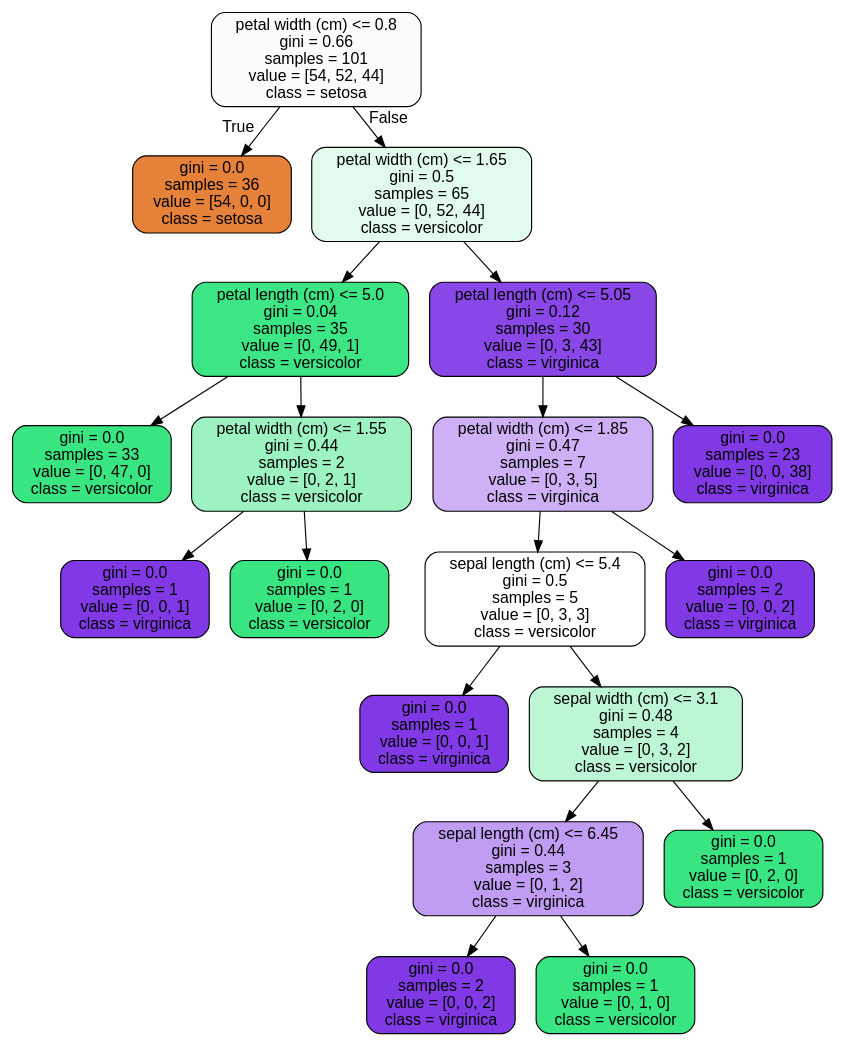
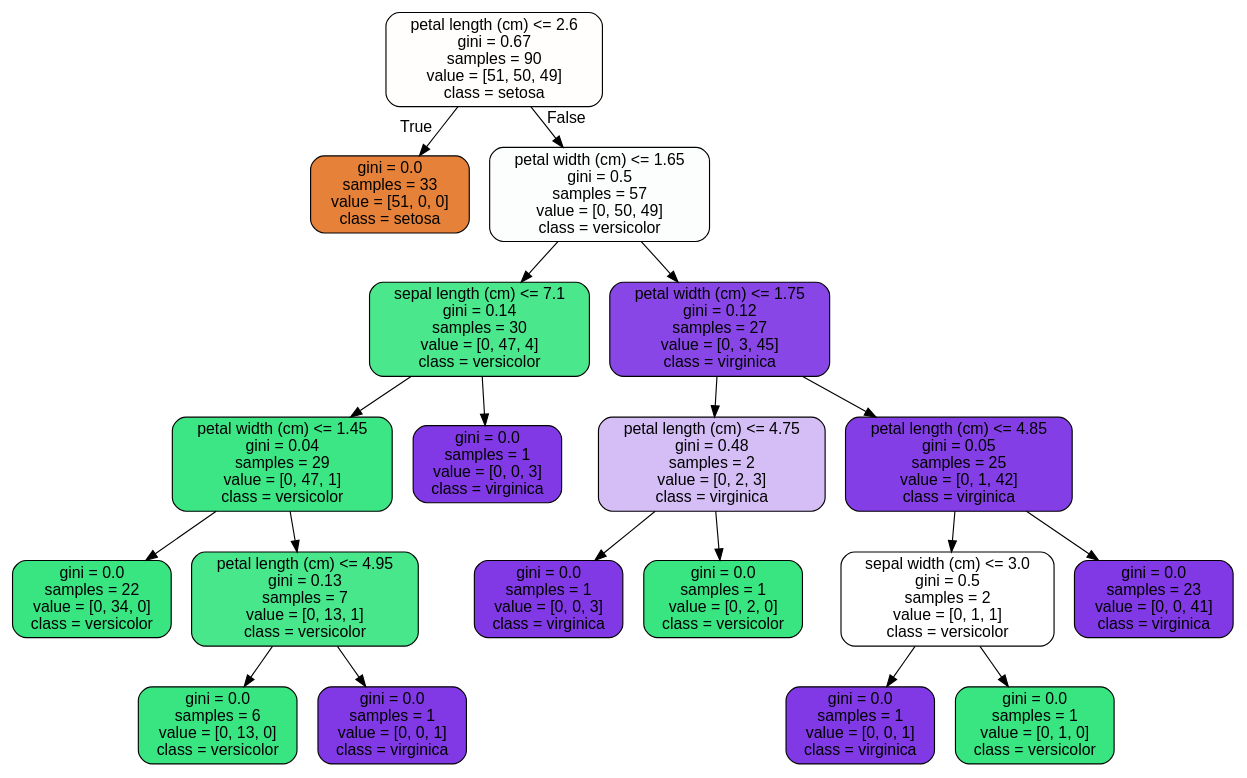
Before and after one commit to orlaith17/MachineLearning-StatisticsProject: the diagram in tree.dot, drawn with Graphviz. The commit also changed 4 other files, not shown here.

```diff
--- a/tree.dot
+++ b/tree.dot
@@ -1,41 +1,41 @@
 digraph Tree {
 node [shape=box, style="filled, rounded", color="black", fontname=helvetica] ;
 edge [fontname=helvetica] ;
-0 [label="petal width (cm) <= 0.8\ngini = 0.66\nsamples = 101\nvalue = [54, 52, 44]\nclass = setosa", fillcolor="#fefcfb"] ;
-1 [label="gini = 0.0\nsamples = 36\nvalue = [54, 0, 0]\nclass = setosa", fillcolor="#e58139"] ;
+0 [label="petal length (cm) <= 2.6\ngini = 0.67\nsamples = 90\nvalue = [51, 50, 49]\nclass = setosa", fillcolor="#fffefd"] ;
+1 [label="gini = 0.0\nsamples = 33\nvalue = [51, 0, 0]\nclass = setosa", fillcolor="#e58139"] ;
 0 -> 1 [labeldistance=2.5, labelangle=45, headlabel="True"] ;
-2 [label="petal width (cm) <= 1.65\ngini = 0.5\nsamples = 65\nvalue = [0, 52, 44]\nclass = versicolor", fillcolor="#e1fbec"] ;
+2 [label="petal width (cm) <= 1.65\ngini = 0.5\nsamples = 57\nvalue = [0, 50, 49]\nclass = versicolor", fillcolor="#fbfefc"] ;
 0 -> 2 [labeldistance=2.5, labelangle=-45, headlabel="False"] ;
-3 [label="petal length (cm) <= 5.0\ngini = 0.04\nsamples = 35\nvalue = [0, 49, 1]\nclass = versicolor", fillcolor="#3de684"] ;
+3 [label="sepal length (cm) <= 7.1\ngini = 0.14\nsamples = 30\nvalue = [0, 47, 4]\nclass = versicolor", fillcolor="#4ae78c"] ;
 2 -> 3 ;
-4 [label="gini = 0.0\nsamples = 33\nvalue = [0, 47, 0]\nclass = versicolor", fillcolor="#39e581"] ;
+4 [label="petal width (cm) <= 1.45\ngini = 0.04\nsamples = 29\nvalue = [0, 47, 1]\nclass = versicolor", fillcolor="#3de684"] ;
 3 -> 4 ;
-5 [label="petal width (cm) <= 1.55\ngini = 0.44\nsamples = 2\nvalue = [0, 2, 1]\nclass = versicolor", fillcolor="#9cf2c0"] ;
-3 -> 5 ;
-6 [label="gini = 0.0\nsamples = 1\nvalue = [0, 0, 1]\nclass = virginica", fillcolor="#8139e5"] ;
-5 -> 6 ;
-7 [label="gini = 0.0\nsamples = 1\nvalue = [0, 2, 0]\nclass = versicolor", fillcolor="#39e581"] ;
-5 -> 7 ;
-8 [label="petal length (cm) <= 5.05\ngini = 0.12\nsamples = 30\nvalue = [0, 3, 43]\nclass = virginica", fillcolor="#8a47e7"] ;
-2 -> 8 ;
-9 [label="petal width (cm) <= 1.85\ngini = 0.47\nsamples = 7\nvalue = [0, 3, 5]\nclass = virginica", fillcolor="#cdb0f5"] ;
-8 -> 9 ;
-10 [label="sepal length (cm) <= 5.4\ngini = 0.5\nsamples = 5\nvalue = [0, 3, 3]\nclass = versicolor", fillcolor="#ffffff"] ;
-9 -> 10 ;
-11 [label="gini = 0.0\nsamples = 1\nvalue = [0, 0, 1]\nclass = virginica", fillcolor="#8139e5"] ;
+5 [label="gini = 0.0\nsamples = 22\nvalue = [0, 34, 0]\nclass = versicolor", fillcolor="#39e581"] ;
+4 -> 5 ;
+6 [label="petal length (cm) <= 4.95\ngini = 0.13\nsamples = 7\nvalue = [0, 13, 1]\nclass = versicolor", fillcolor="#48e78b"] ;
+4 -> 6 ;
+7 [label="gini = 0.0\nsamples = 6\nvalue = [0, 13, 0]\nclass = versicolor", fillcolor="#39e581"] ;
+6 -> 7 ;
+8 [label="gini = 0.0\nsamples = 1\nvalue = [0, 0, 1]\nclass = virginica", fillcolor="#8139e5"] ;
+6 -> 8 ;
+9 [label="gini = 0.0\nsamples = 1\nvalue = [0, 0, 3]\nclass = virginica", fillcolor="#8139e5"] ;
+3 -> 9 ;
+10 [label="petal width (cm) <= 1.75\ngini = 0.12\nsamples = 27\nvalue = [0, 3, 45]\nclass = virginica", fillcolor="#8946e7"] ;
+2 -> 10 ;
+11 [label="petal length (cm) <= 4.75\ngini = 0.48\nsamples = 2\nvalue = [0, 2, 3]\nclass = virginica", fillcolor="#d5bdf6"] ;
 10 -> 11 ;
-12 [label="sepal width (cm) <= 3.1\ngini = 0.48\nsamples = 4\nvalue = [0, 3, 2]\nclass = versicolor", fillcolor="#bdf6d5"] ;
-10 -> 12 ;
-13 [label="sepal length (cm) <= 6.45\ngini = 0.44\nsamples = 3\nvalue = [0, 1, 2]\nclass = virginica", fillcolor="#c09cf2"] ;
-12 -> 13 ;
-14 [label="gini = 0.0\nsamples = 2\nvalue = [0, 0, 2]\nclass = virginica", fillcolor="#8139e5"] ;
-13 -> 14 ;
-15 [label="gini = 0.0\nsamples = 1\nvalue = [0, 1, 0]\nclass = versicolor", fillcolor="#39e581"] ;
-13 -> 15 ;
-16 [label="gini = 0.0\nsamples = 1\nvalue = [0, 2, 0]\nclass = versicolor", fillcolor="#39e581"] ;
-12 -> 16 ;
-17 [label="gini = 0.0\nsamples = 2\nvalue = [0, 0, 2]\nclass = virginica", fillcolor="#8139e5"] ;
-9 -> 17 ;
-18 [label="gini = 0.0\nsamples = 23\nvalue = [0, 0, 38]\nclass = virginica", fillcolor="#8139e5"] ;
-8 -> 18 ;
+12 [label="gini = 0.0\nsamples = 1\nvalue = [0, 0, 3]\nclass = virginica", fillcolor="#8139e5"] ;
+11 -> 12 ;
+13 [label="gini = 0.0\nsamples = 1\nvalue = [0, 2, 0]\nclass = versicolor", fillcolor="#39e581"] ;
+11 -> 13 ;
+14 [label="petal length (cm) <= 4.85\ngini = 0.05\nsamples = 25\nvalue = [0, 1, 42]\nclass = virginica", fillcolor="#843ee6"] ;
+10 -> 14 ;
+15 [label="sepal width (cm) <= 3.0\ngini = 0.5\nsamples = 2\nvalue = [0, 1, 1]\nclass = versicolor", fillcolor="#ffffff"] ;
+14 -> 15 ;
+16 [label="gini = 0.0\nsamples = 1\nvalue = [0, 0, 1]\nclass = virginica", fillcolor="#8139e5"] ;
+15 -> 16 ;
+17 [label="gini = 0.0\nsamples = 1\nvalue = [0, 1, 0]\nclass = versicolor", fillcolor="#39e581"] ;
+15 -> 17 ;
+18 [label="gini = 0.0\nsamples = 23\nvalue = [0, 0, 41]\nclass = virginica", fillcolor="#8139e5"] ;
+14 -> 18 ;
 }
```
